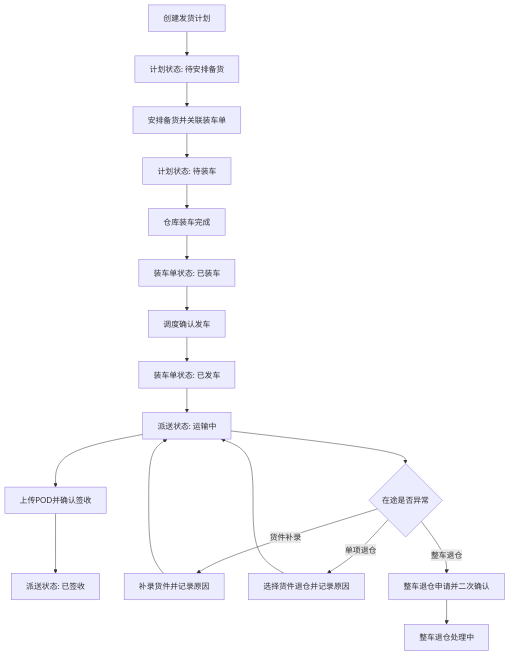
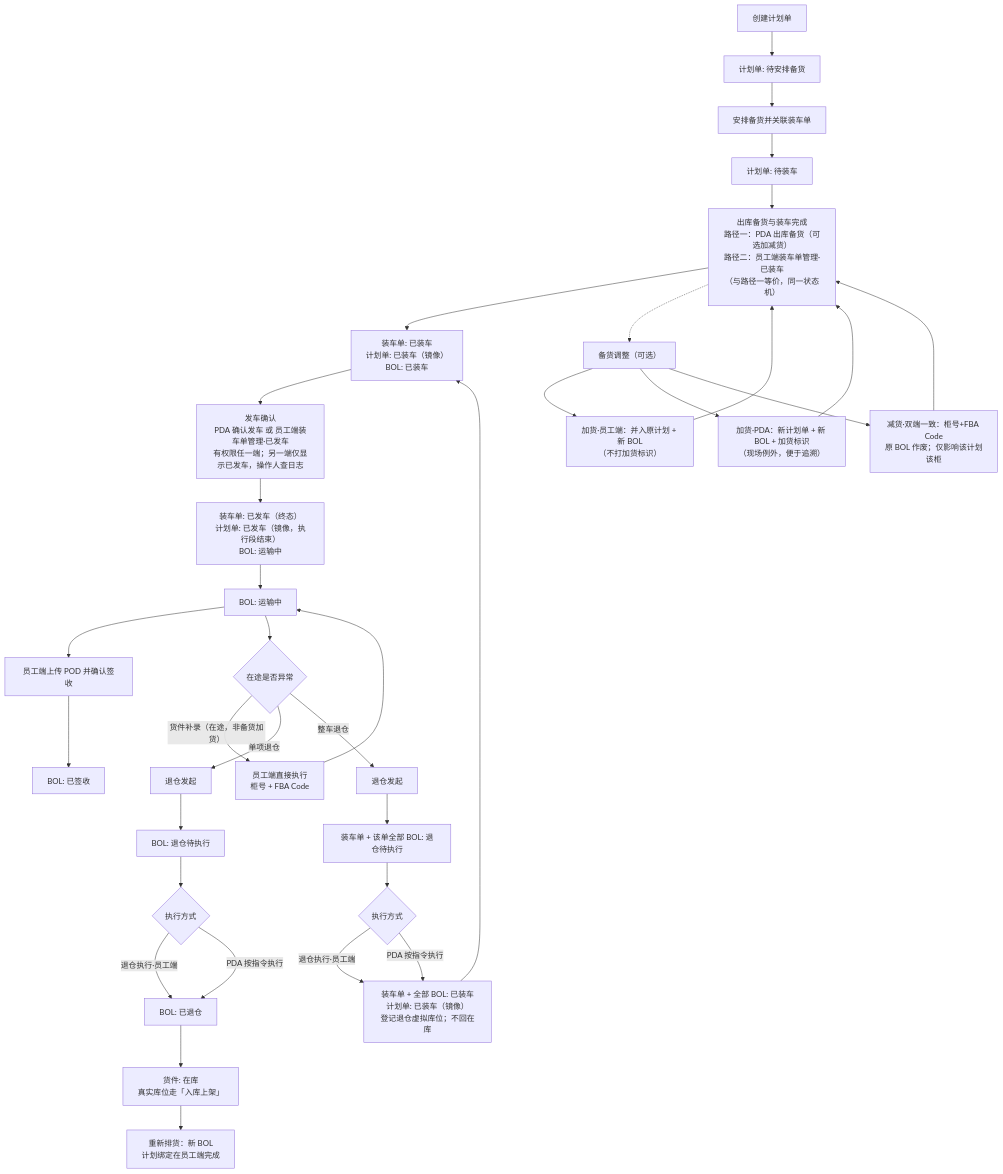
The diagram in admin/docs/diagrams/FBA发货计划与派送管理/05-核心业务流程.mmd (Junia-Pan/MEEKOO), drawn with Mermaid before and after one commit. The commit also changed 7 other files, not shown here.

```diff
--- a/admin/docs/diagrams/FBA发货计划与派送管理/05-核心业务流程.mmd
+++ b/admin/docs/diagrams/FBA发货计划与派送管理/05-核心业务流程.mmd
@@ -1,19 +1,42 @@
 flowchart TD
-    A[创建发货计划] --> B[计划状态: 待安排备货]
+    A[创建计划单] --> B[计划单: 待安排备货]
     B --> C[安排备货并关联装车单]
-    C --> D[计划状态: 待装车]
-    D --> E[仓库装车完成]
-    E --> F[装车单状态: 已装车]
-    F --> G[调度确认发车]
-    G --> H[装车单状态: 已发车]
-    H --> I[派送状态: 运输中]
-    I --> J[上传POD并确认签收]
-    J --> K[派送状态: 已签收]
+    C --> D[计划单: 待装车]
+
+    D --> Prep["出库备货与装车完成<br/>路径一：PDA 出库备货（可选加减货）<br/>路径二：员工端装车单管理·已装车<br/>（与路径一等价，同一状态机）"]
+    Prep --> F["装车单: 已装车<br/>计划单: 已装车（镜像）<br/>BOL: 已装车"]
+
+    F --> G["发车确认<br/>PDA 确认发车 或 员工端装车单管理·已发车<br/>有权限任一端；另一端仅显示已发车，操作人查日志"]
+    G --> H["装车单: 已发车（终态）<br/>计划单: 已发车（镜像，执行段结束）<br/>BOL: 运输中"]
+
+    H --> I[BOL: 运输中]
+    I --> J[员工端上传 POD 并确认签收]
+    J --> K[BOL: 已签收]
+
+    Prep -.-> Padj["备货调整（可选）"]
+    Padj --> PadjWeb["加货·员工端：并入原计划 + 新 BOL<br/>（不打加货标识）"]
+    Padj --> PadjPda["加货·PDA：新计划单 + 新 BOL + 加货标识<br/>（现场例外，便于追溯）"]
+    Padj --> PadjCut["减货·双端一致：柜号+FBA Code<br/>原 BOL 作废；仅影响该计划该柜"]
+    PadjWeb --> Prep
+    PadjPda --> Prep
+    PadjCut --> Prep
 
     I --> L{在途是否异常}
-    L -- 货件补录 --> M[补录货件并记录原因]
-    L -- 单项退仓 --> N[选择货件退仓并记录原因]
-    L -- 整车退仓 --> O[整车退仓申请并二次确认]
+
+    L -- "货件补录（在途，非备货加货）" --> M[员工端直接执行<br/>柜号 + FBA Code]
     M --> I
-    N --> I
-    O --> P[整车退仓处理中]
+
+    L -- 单项退仓 --> N1a[退仓发起]
+    N1a --> N1b["BOL: 退仓待执行"]
+    N1b --> N1c{执行方式}
+    N1c -- 退仓执行·员工端 --> N2[BOL: 已退仓]
+    N1c -- PDA 按指令执行 --> N2
+    N2 --> N3[货件: 在库<br/>真实库位走「入库上架」]
+    N3 --> N4["重新排货：新 BOL<br/>计划绑定在员工端完成"]
+
+    L -- 整车退仓 --> O1a[退仓发起]
+    O1a --> O1b["装车单 + 该单全部 BOL: 退仓待执行"]
+    O1b --> O1c{执行方式}
+    O1c -- 退仓执行·员工端 --> O2["装车单 + 全部 BOL: 已装车<br/>计划单: 已装车（镜像）<br/>登记退仓虚拟库位；不回在库"]
+    O1c -- PDA 按指令执行 --> O2
+    O2 --> F
```
